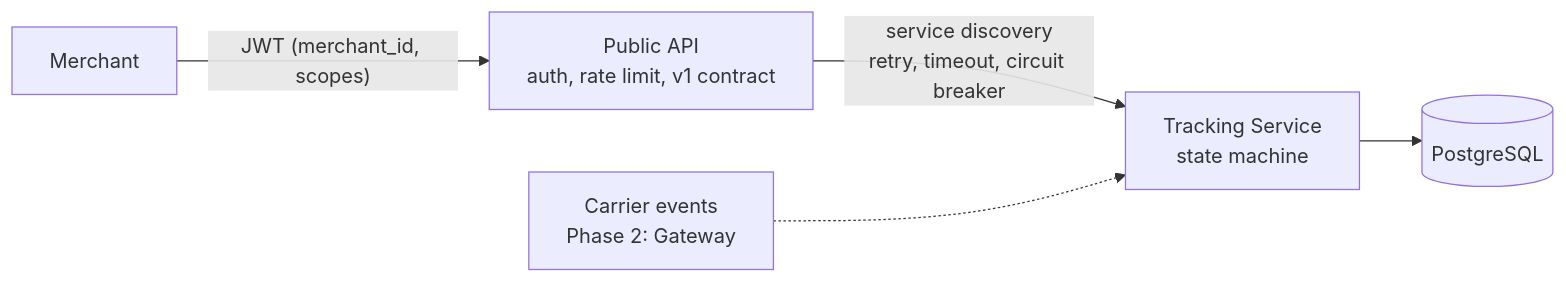
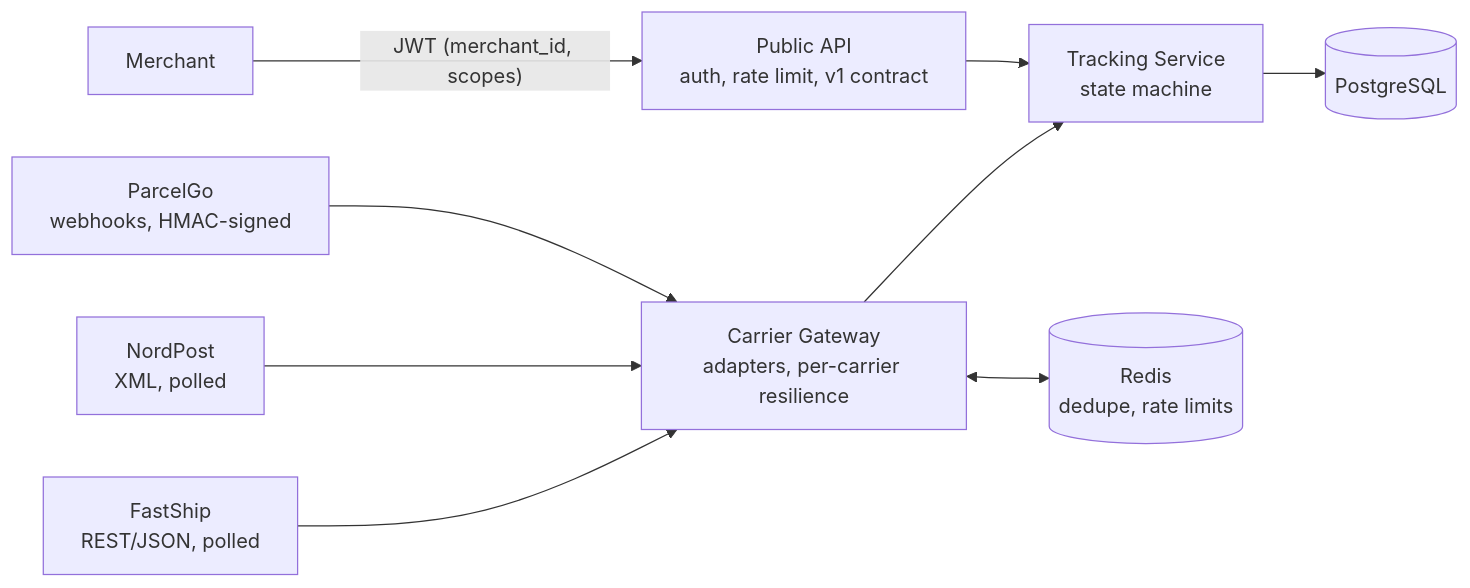
One commit to brk2art/CarrierHub changed the diagram in README.md. Above: the diagram before and after it, drawn with Mermaid. The commit also changed other lines of this file and 2 other files, not shown here.

Commit message:
Phase 2 done: chaos run across three carriers, ADR 6, README

````diff
--- a/README.md
+++ b/README.md
@@ -12,7 +12,11 @@
 ```mermaid
 flowchart LR
+    FS[FastShip<br/>REST/JSON, polled] --> G
+    NP[NordPost<br/>XML, polled] --> G
+    PG[ParcelGo<br/>webhooks, HMAC-signed] --> G
+    G[Carrier Gateway<br/>adapters, per-carrier resilience] --> T[Tracking Service<br/>state machine]
+    G <--> R[(Redis<br/>dedupe, rate limits)]
+    T --> DB[(PostgreSQL)]
     M[Merchant] -- "JWT (merchant_id, scopes)" --> P[Public API<br/>auth, rate limit, v1 contract]
-    P -- "service discovery<br/>retry, timeout, circuit breaker" --> T[Tracking Service<br/>state machine]
-    T --> DB[(PostgreSQL)]
-    C[Carrier events<br/>Phase 2: Gateway] -.-> T
+    P --> T
 ```
````
